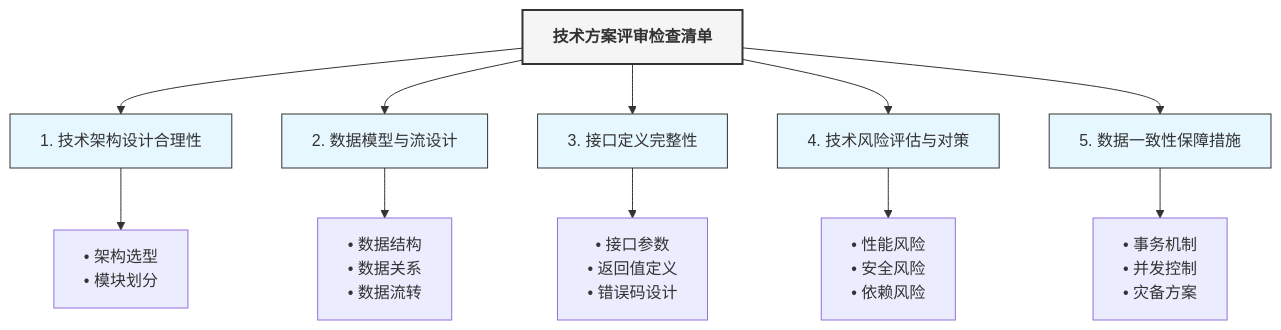
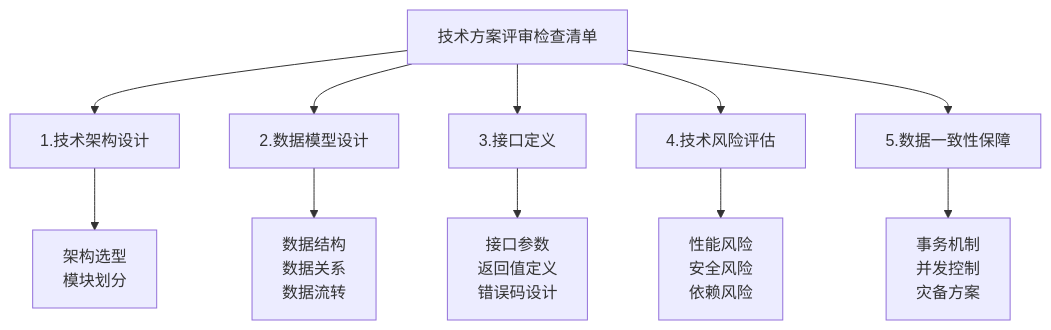
Before and after one commit to Taskon-xyz/PR: the fourth of 11 diagrams in 开发流程图.md, drawn with Mermaid. The commit also changed other lines of this file and 2 other files, not shown here.

````diff
--- a/开发流程图.md
+++ b/开发流程图.md
@@ -107,22 +65,14 @@
 ```mermaid
-graph TB
-    classDef mainNode fill:#f5f5f5,stroke:#333,stroke-width:2px,color:#333,font-weight:bold
-    classDef subNode fill:#e6f7ff,stroke:#333,stroke-width:1px
+graph TD
+    Tech_Check[技术方案评审检查清单] --> D1[1.技术架构设计]
+    Tech_Check --> D2[2.数据模型设计]
+    Tech_Check --> D3[3.接口定义]
+    Tech_Check --> D4[4.技术风险评估]
+    Tech_Check --> D5[5.数据一致性保障]
     
-    Tech_Check["技术方案评审检查清单"]
-    
-    Tech_Check --> Arch["1. 技术架构设计合理性"]
-    Tech_Check --> DataModel["2. 数据模型与流设计"]
-    Tech_Check --> API["3. 接口定义完整性"]
-    Tech_Check --> Risk["4. 技术风险评估与对策"]
-    Tech_Check --> DataConsistency["5. 数据一致性保障措施"]
-    
-    Arch --> Arch1["• 架构选型<br>• 模块划分"]
-    DataModel --> DataModel1["• 数据结构<br>• 数据关系<br>• 数据流转"]
-    API --> API1["• 接口参数<br>• 返回值定义<br>• 错误码设计"]
-    Risk --> Risk1["• 性能风险<br>• 安全风险<br>• 依赖风险"]
-    DataConsistency --> DC1["• 事务机制<br>• 并发控制<br>• 灾备方案"]
-    
-    class Tech_Check mainNode
-    class Arch,DataModel,API,Risk,DataConsistency subNode
+    D1 --> D1_1[架构选型<br>模块划分]
+    D2 --> D2_1[数据结构<br>数据关系<br>数据流转]
+    D3 --> D3_1[接口参数<br>返回值定义<br>错误码设计]
+    D4 --> D4_1[性能风险<br>安全风险<br>依赖风险]
+    D5 --> D5_1[事务机制<br>并发控制<br>灾备方案]
 ```
````
